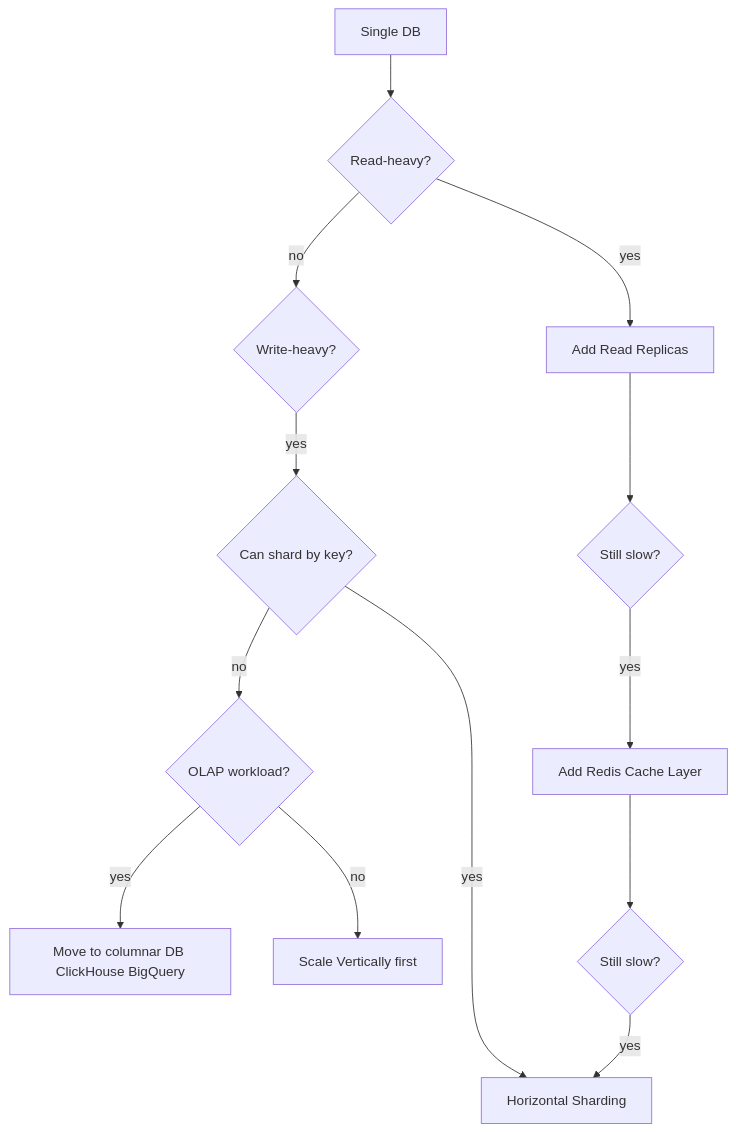
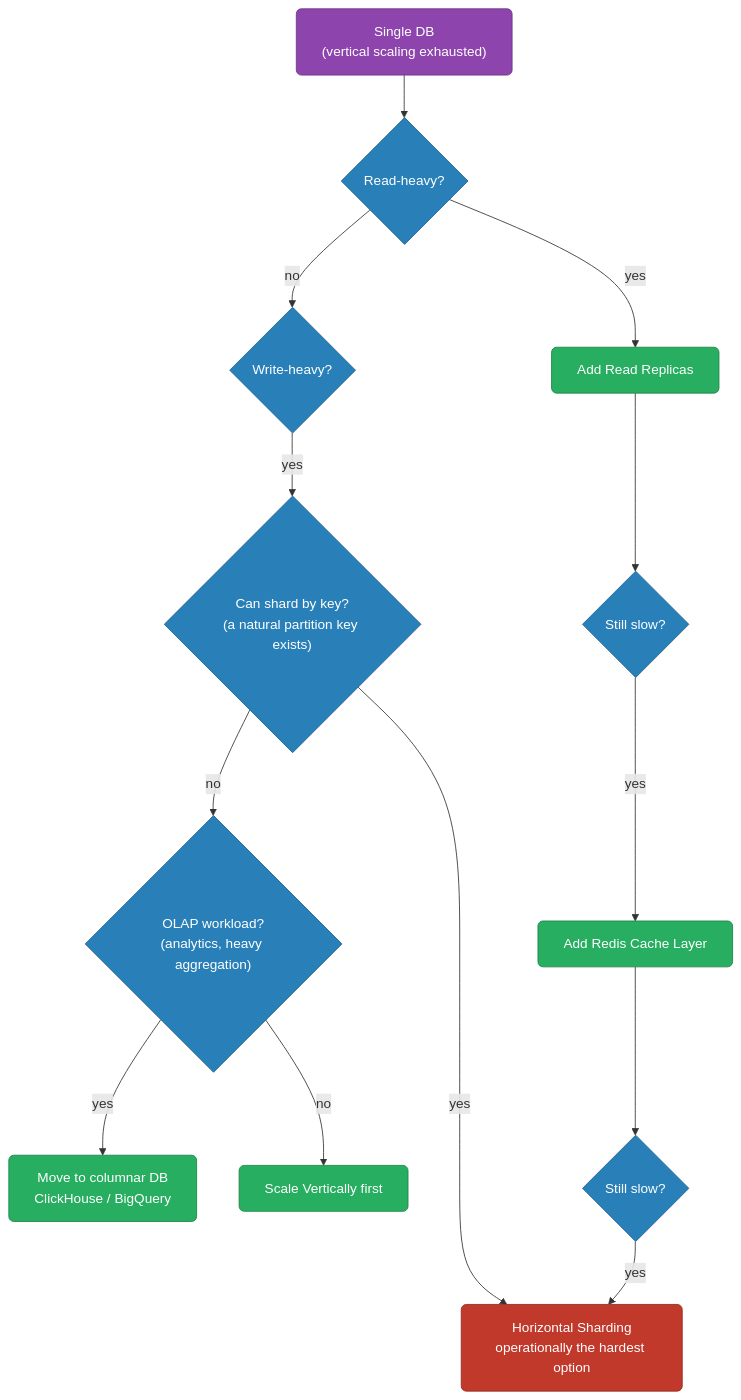
The third of 11 diagrams in system-design/scaling.md (deepanshu-rawat6/DevOpsIndex), drawn with Mermaid before and after one commit. The commit also changed other lines of this file and 8 other files, not shown here.

````diff
--- a/system-design/scaling.md
+++ b/system-design/scaling.md
@@ -126,15 +191,20 @@
 ```mermaid
 flowchart TD
-    Start[Single DB] --> Q1{Read-heavy?}
-    Q1 -->|yes| ReadReplicas[Add Read Replicas]
-    Q1 -->|no| Q2{Write-heavy?}
-    Q2 -->|yes| Q3{Can shard by key?}
-    Q3 -->|yes| Sharding[Horizontal Sharding]
-    Q3 -->|no| Q4{OLAP workload?}
-    Q4 -->|yes| OLAP[Move to columnar DB ClickHouse BigQuery]
-    Q4 -->|no| Vertical[Scale Vertically first]
-    ReadReplicas --> Q5{Still slow?}
-    Q5 -->|yes| Cache[Add Redis Cache Layer]
-    Cache --> Q6{Still slow?}
-    Q6 -->|yes| Sharding
+    classDef decision fill:#2980b9,stroke:#1f618d,color:#fff,rx:6
+    classDef action fill:#27ae60,stroke:#1e8449,color:#fff,rx:6
+    classDef hard fill:#c0392b,stroke:#922b21,color:#fff,rx:6
+    classDef start fill:#8e44ad,stroke:#6c3483,color:#fff,rx:6
+
+    Start["Single DB<br/>(vertical scaling exhausted)"]:::start --> Q1{"Read-heavy?"}:::decision
+    Q1 -->|"yes"| ReadReplicas["Add Read Replicas"]:::action
+    Q1 -->|"no"| Q2{"Write-heavy?"}:::decision
+    Q2 -->|"yes"| Q3{"Can shard by key?<br/>(a natural partition key exists)"}:::decision
+    Q3 -->|"yes"| Sharding["Horizontal Sharding<br/>operationally the hardest option"]:::hard
+    Q3 -->|"no"| Q4{"OLAP workload?<br/>(analytics, heavy aggregation)"}:::decision
+    Q4 -->|"yes"| OLAP["Move to columnar DB<br/>ClickHouse / BigQuery"]:::action
+    Q4 -->|"no"| Vertical["Scale Vertically first"]:::action
+    ReadReplicas --> Q5{"Still slow?"}:::decision
+    Q5 -->|"yes"| Cache["Add Redis Cache Layer"]:::action
+    Cache --> Q6{"Still slow?"}:::decision
+    Q6 -->|"yes"| Sharding
 ```
````
